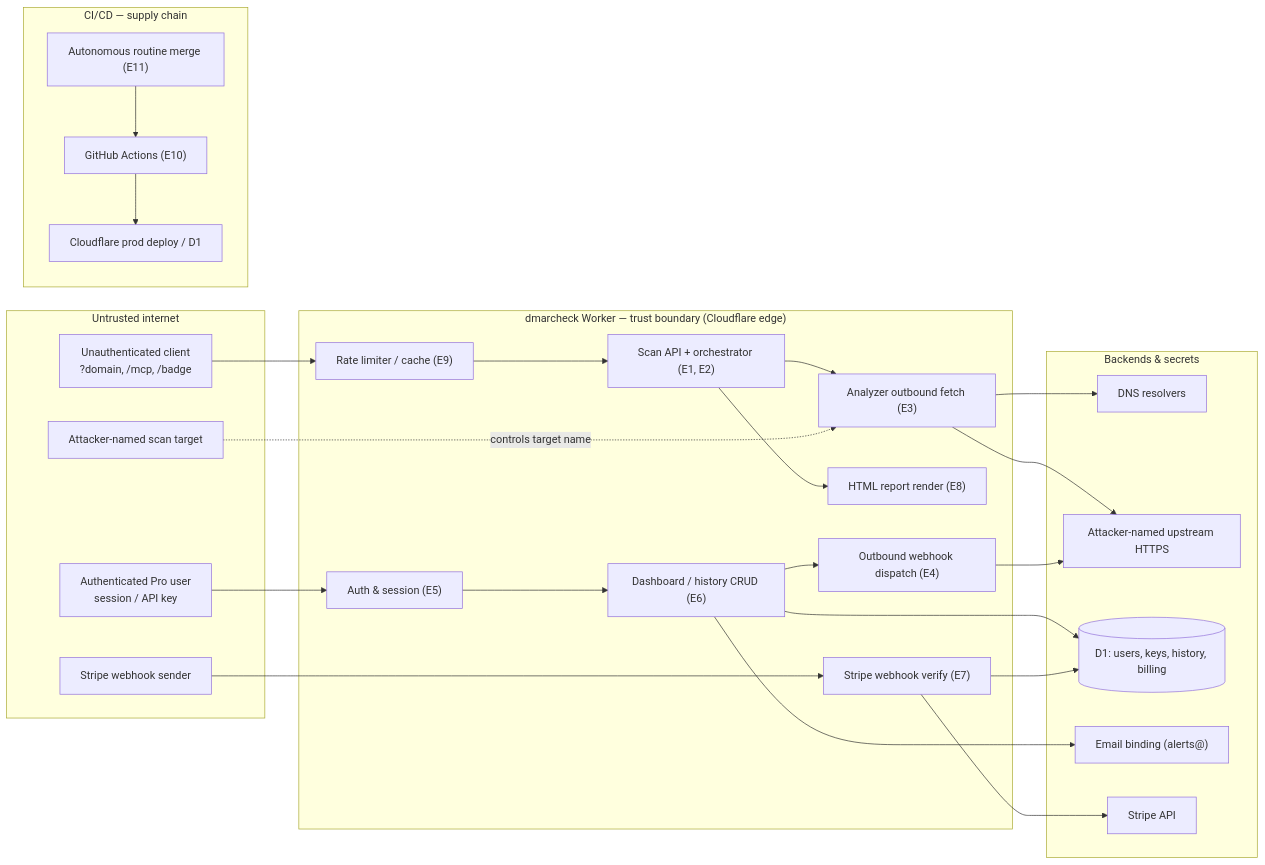
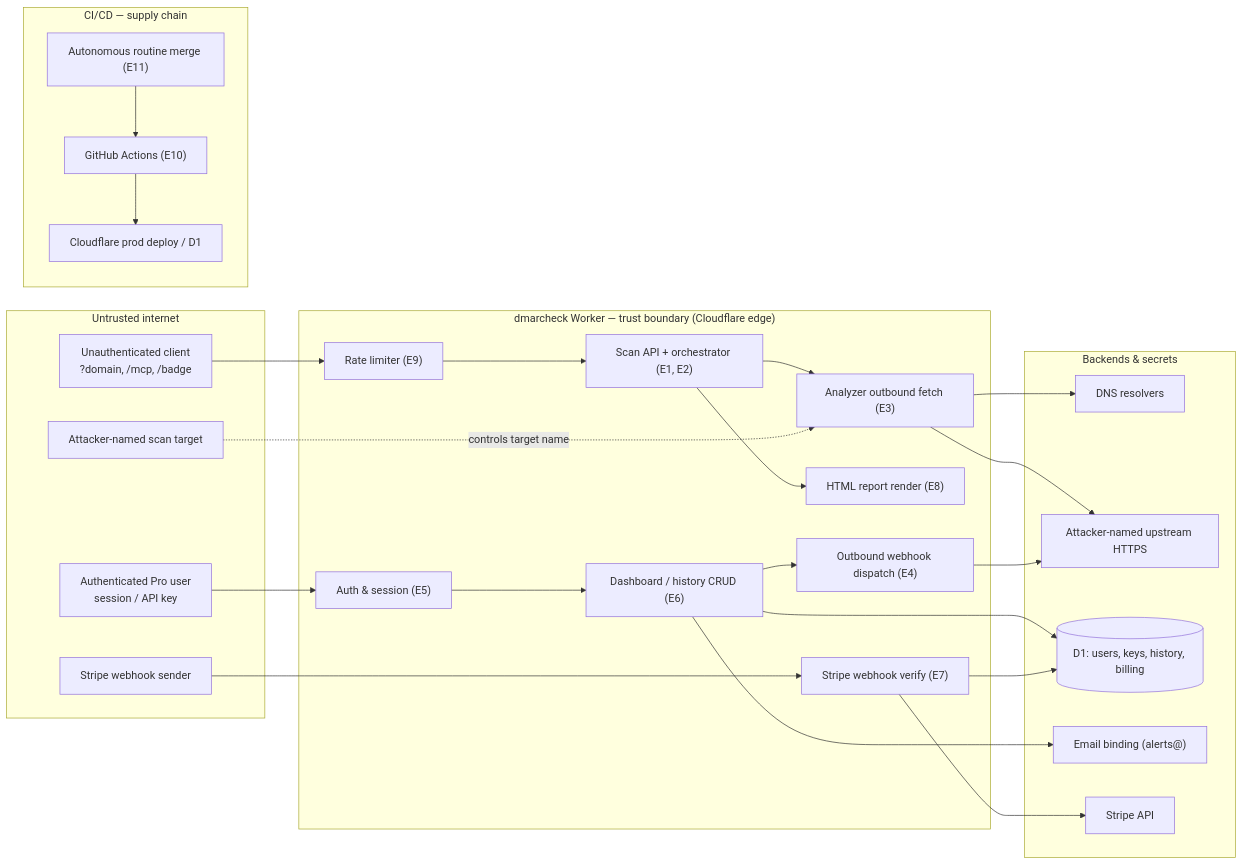
Before and after one commit to schmug/dmarc.mx: the diagram in THREAT_MODEL.md, drawn with Mermaid. The commit also changed other lines of this file and 9 other files, not shown here.

````diff
--- a/THREAT_MODEL.md
+++ b/THREAT_MODEL.md
@@ -46,46 +46,46 @@
 ```mermaid
 flowchart LR
     subgraph internet["Untrusted internet"]
         unauth["Unauthenticated client<br/>?domain, /mcp, /badge"]
         prouser["Authenticated Pro user<br/>session / API key"]
         stripe_in["Stripe webhook sender"]
         evildomain["Attacker-named scan target"]
     end
 
     subgraph worker["dmarcheck Worker — trust boundary (Cloudflare edge)"]
-        rl["Rate limiter / cache (E9)"]
+        rl["Rate limiter (E9)"]
         scan["Scan API + orchestrator (E1, E2)"]
         auth["Auth & session (E5)"]
         dash["Dashboard / history CRUD (E6)"]
         whverify["Stripe webhook verify (E7)"]
         render["HTML report render (E8)"]
         fetchout["Analyzer outbound fetch (E3)"]
         whout["Outbound webhook dispatch (E4)"]
     end
 
     subgraph backends["Backends &amp; secrets"]
         dns["DNS resolvers"]
         upstream["Attacker-named upstream HTTPS"]
         d1[("D1: users, keys, history, billing")]
         email["Email binding (alerts@)"]
         stripeapi["Stripe API"]
     end
 
     subgraph supply["CI/CD — supply chain"]
         gha["GitHub Actions (E10)"]
         routine["Autonomous routine merge (E11)"]
         prod["Cloudflare prod deploy / D1"]
     end
 
     unauth --> rl --> scan
     prouser --> auth --> dash --> d1
     scan --> render
     scan --> fetchout --> dns
     fetchout --> upstream
     dash --> whout --> upstream
     evildomain -. controls target name .-> fetchout
     stripe_in --> whverify --> d1
     whverify --> stripeapi
     dash --> email
     routine --> gha --> prod
 ```
````
